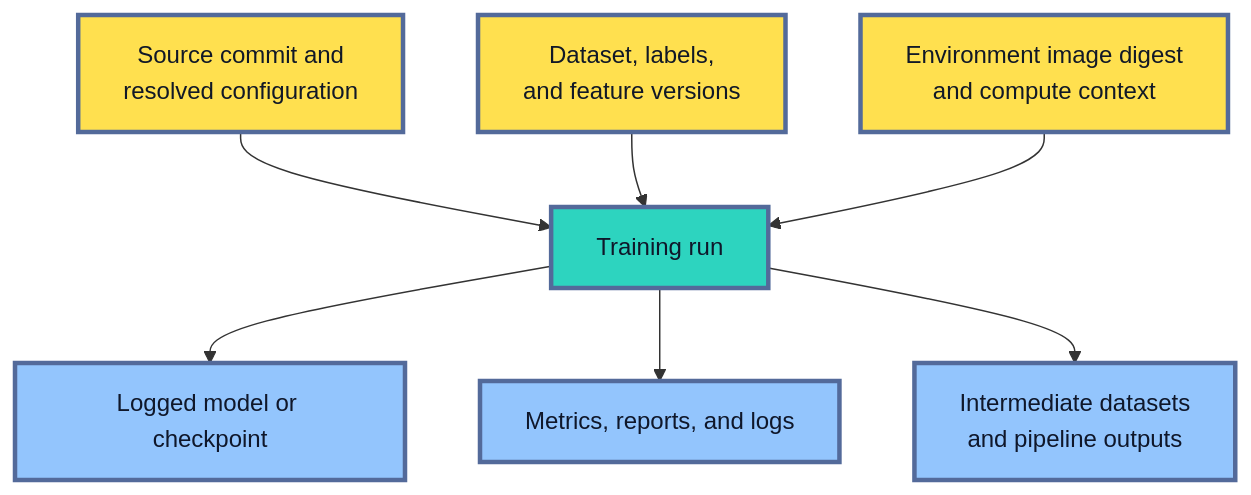
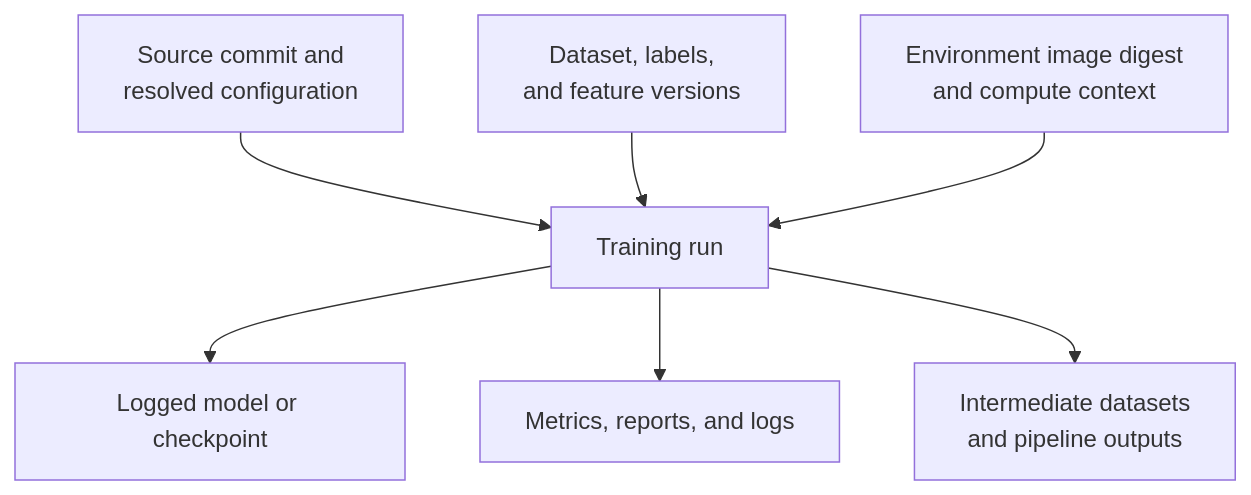
The fourth of 7 diagrams in roadmaps/mlops/modules/mlops-foundations/architecture-basics/02-ml-system-assets.md (senlinyy/dev-roadmaps), drawn with Mermaid before and after one commit. The commit also changed other lines of this file and 152 other files, not shown here.

Commit message:
feat: mlops and diagrams updated

````diff
--- a/roadmaps/mlops/modules/mlops-foundations/architecture-basics/02-ml-system-assets.md
+++ b/roadmaps/mlops/modules/mlops-foundations/architecture-basics/02-ml-system-assets.md
@@ -270,16 +271,13 @@
 ```mermaid
 flowchart TD
     C["Source commit and<br/>resolved configuration"] --> R["Training run"]
     D["Dataset, labels,<br/>and feature versions"] --> R
     E["Environment image digest<br/>and compute context"] --> R
     R --> M["Logged model or checkpoint"]
     R --> Q["Metrics, reports, and logs"]
     R --> X["Intermediate datasets<br/>and pipeline outputs"]
 
-    classDef input fill:#FFE04F,stroke:#536A9A,stroke-width:3px,color:#111827
-    classDef run fill:#2DD4BF,stroke:#536A9A,stroke-width:3px,color:#0F172A
-    classDef output fill:#93C5FD,stroke:#536A9A,stroke-width:3px,color:#0F172A
     class C,D,E input
     class R run
     class M,Q,X output
 ```
````
